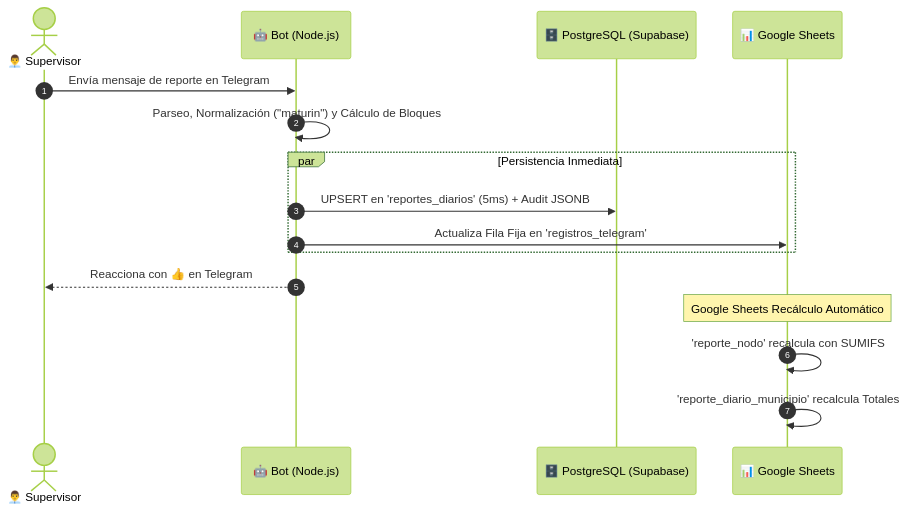
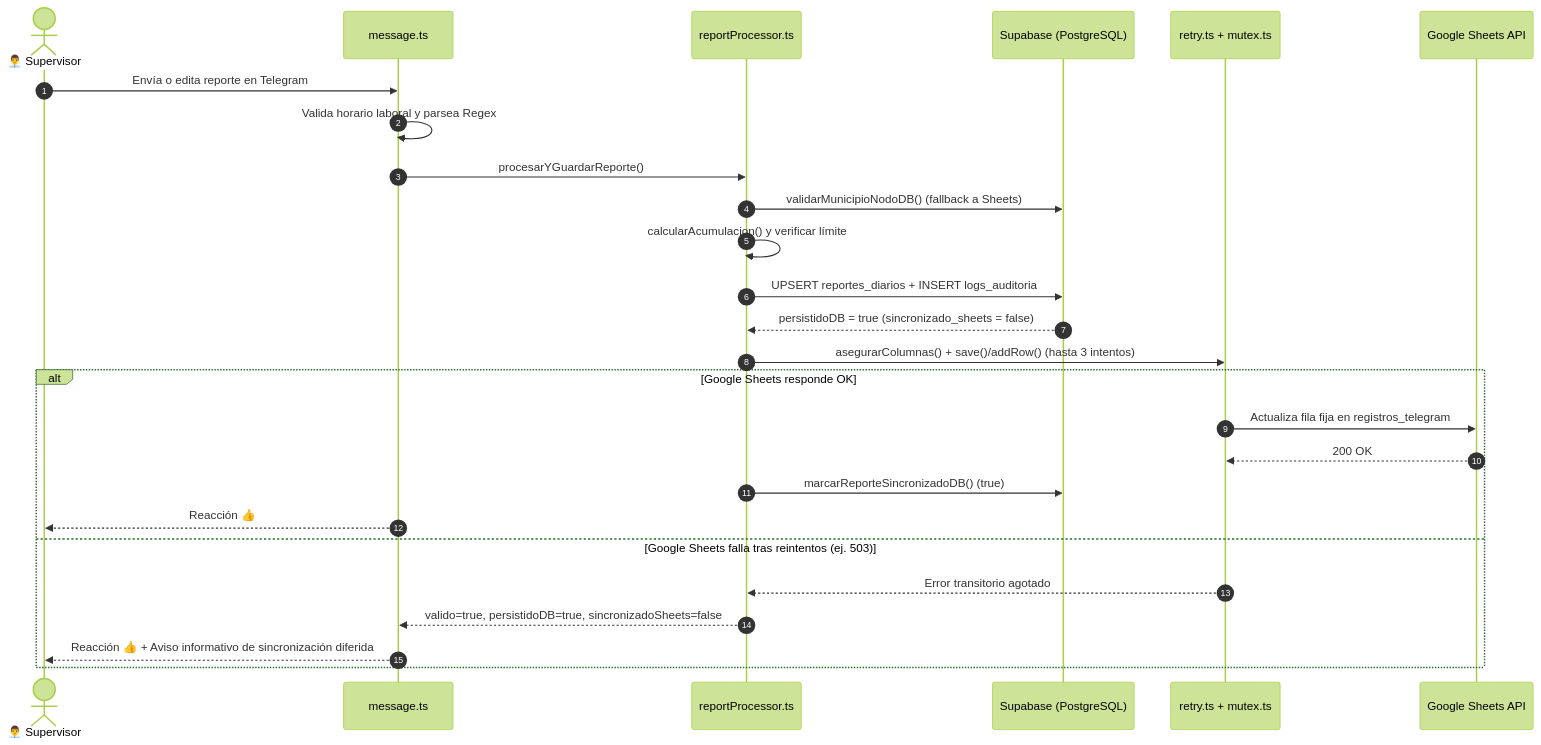
One commit to Alexjhzg/telegram-google-sheets-sync changed the third of 4 diagrams in docs/ARCHITECTURE.md. Above: the diagram before and after it, drawn with Mermaid (forest theme). The commit also changed other lines of this file and 71 other files, not shown here.

Commit message:
refactor: restructure project architecture, add agent definitions, and update core services

````diff
--- a/docs/ARCHITECTURE.md
+++ b/docs/ARCHITECTURE.md
@@ -121,22 +120,31 @@
 ```mermaid
 sequenceDiagram
     autonumber
     actor Sup as 👨‍💼 Supervisor
-    participant Bot as 🤖 Bot (Node.js)
-    participant DB as 🗄️ PostgreSQL (Supabase)
-    participant Sheets as 📊 Google Sheets
+    participant Msg as message.ts
+    participant Proc as reportProcessor.ts
+    participant DB as Supabase (PostgreSQL)
+    participant Retry as retry.ts + mutex.ts
+    participant Sheets as Google Sheets API
 
-    Sup->>Bot: Envía mensaje de reporte en Telegram
-    Bot->>Bot: Parseo, Normalización ("maturin") y Cálculo de Bloques
-    
-    par Persistencia Inmediata
-        Bot->>DB: UPSERT en 'reportes_diarios' (5ms) + Audit JSONB
-        Bot->>Sheets: Actualiza Fila Fija en 'registros_telegram'
+    Sup->>Msg: Envía o edita reporte en Telegram
+    Msg->>Msg: Valida horario laboral y parsea Regex
+    Msg->>Proc: procesarYGuardarReporte()
+    Proc->>DB: validarMunicipioNodoDB() (fallback a Sheets)
+    Proc->>Proc: calcularAcumulacion() y verificar límite
+
+    Proc->>DB: UPSERT reportes_diarios + INSERT logs_auditoria
+    DB-->>Proc: persistidoDB = true (sincronizado_sheets = false)
+
+    Proc->>Retry: asegurarColumnas() + save()/addRow() (hasta 3 intentos)
+    alt Google Sheets responde OK
+        Retry->>Sheets: Actualiza fila fija en registros_telegram
+        Sheets-->>Retry: 200 OK
+        Proc->>DB: marcarReporteSincronizadoDB() (true)
+        Msg-->>Sup: Reacción 👍
+    else Google Sheets falla tras reintentos (ej. 503)
+        Retry-->>Proc: Error transitorio agotado
+        Proc-->>Msg: valido=true, persistidoDB=true, sincronizadoSheets=false
+        Msg-->>Sup: Reacción 👍 + Aviso informativo de sincronización diferida
     end
-    
-    Bot-->>Sup: Reacciona con 👍 en Telegram
-    
-    note over Sheets: Google Sheets Recálculo Automático
-    Sheets->>Sheets: 'reporte_nodo' recalcula con SUMIFS
-    Sheets->>Sheets: 'reporte_diario_municipio' recalcula Totales
 ```
````
